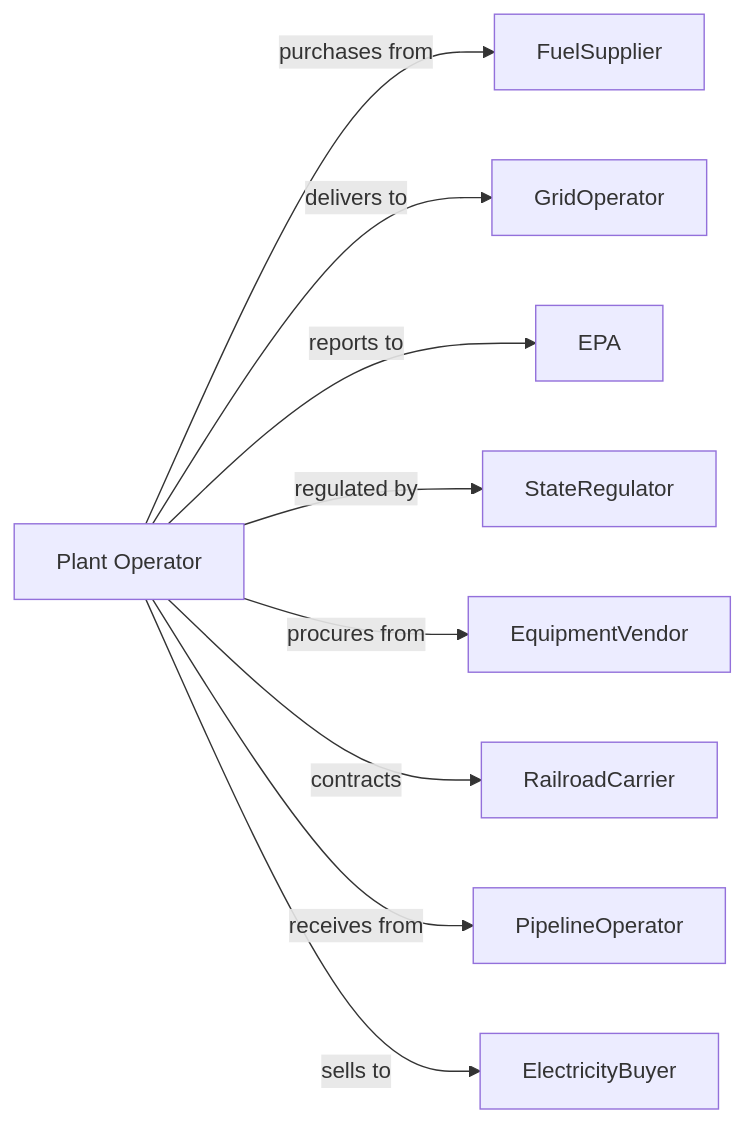
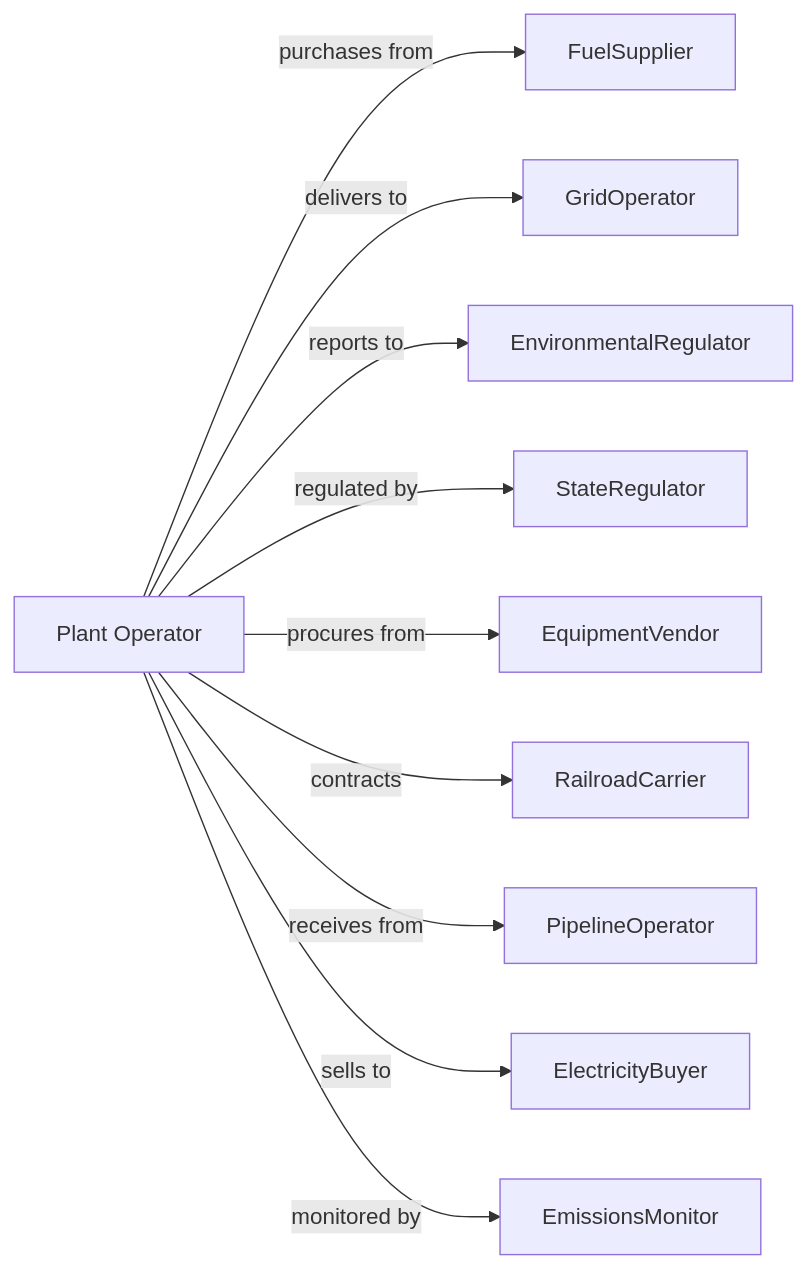
One commit to dot-org-ai/industries.org.ai changed the second of 2 diagrams in Utilities/Utilities/ElectricPowerGenerationTransmissionAndDistribution/FossilFuelElectricPowerGeneration.mdx. Above: the diagram before and after it, drawn with Mermaid. The commit also changed other lines of this file and 588 other files, not shown here.

````diff
--- a/Utilities/Utilities/ElectricPowerGenerationTransmissionAndDistribution/FossilFuelElectricPowerGeneration.mdx
+++ b/Utilities/Utilities/ElectricPowerGenerationTransmissionAndDistribution/FossilFuelElectricPowerGeneration.mdx
@@ -137,13 +137,14 @@
 ```mermaid
 graph LR
     P[Plant Operator]
 
     P -->|purchases from| FuelSupplier
     P -->|delivers to| GridOperator
-    P -->|reports to| EPA
+    P -->|reports to| EnvironmentalRegulator
     P -->|regulated by| StateRegulator
     P -->|procures from| EquipmentVendor
     P -->|contracts| RailroadCarrier
     P -->|receives from| PipelineOperator
     P -->|sells to| ElectricityBuyer
+    P -->|monitored by| EmissionsMonitor
 ```
````
